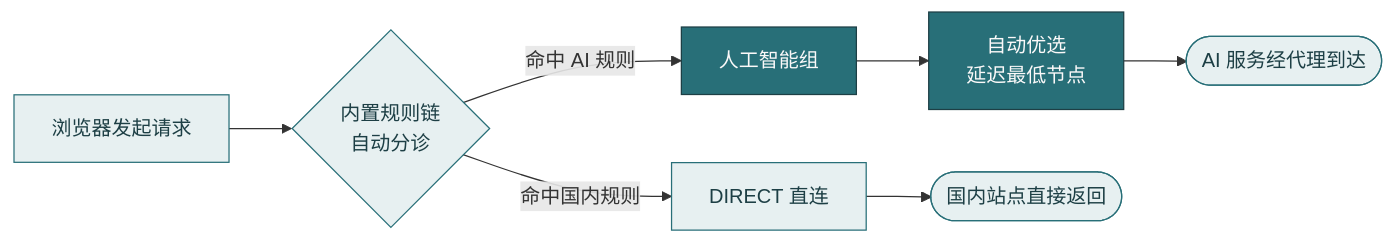
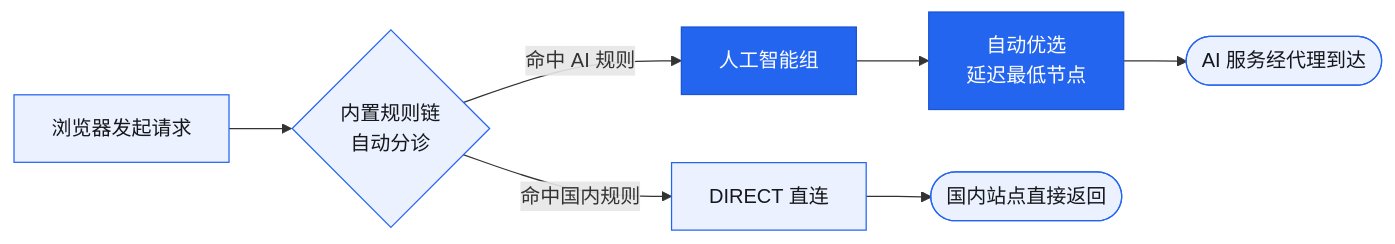
The first of 3 diagrams in README.md (akaspyrean/clashedge), drawn with Mermaid before and after one commit. The commit also changed other lines of this file, not shown here.

Commit message:
docs: apply ClashEdge brand colors to badges and mermaid diagrams (#45)

````diff
--- a/README.md
+++ b/README.md
@@ -40,13 +40,13 @@
 ```mermaid
 flowchart LR
     A["浏览器发起请求"] --> B{"内置规则链<br/>自动分诊"}
     B -- "命中 AI 规则" --> C["人工智能组"]
     B -- "命中国内规则" --> D["DIRECT 直连"]
     C --> E["自动优选<br/>延迟最低节点"]
     E --> F(["AI 服务经代理到达"])
     D --> G(["国内站点直接返回"])
-    classDef brand fill:#286F78,stroke:#1D3F45,color:#FBF9F9
-    classDef soft fill:#E7F0F1,stroke:#286F78,color:#1D3F45
+    classDef brand fill:#2465F0,stroke:#1C55D4,color:#FFFFFF
+    classDef soft fill:#EBF1FE,stroke:#2465F0,color:#15171B
     class C,E brand
     class A,B,D,F,G soft
 ```
````
